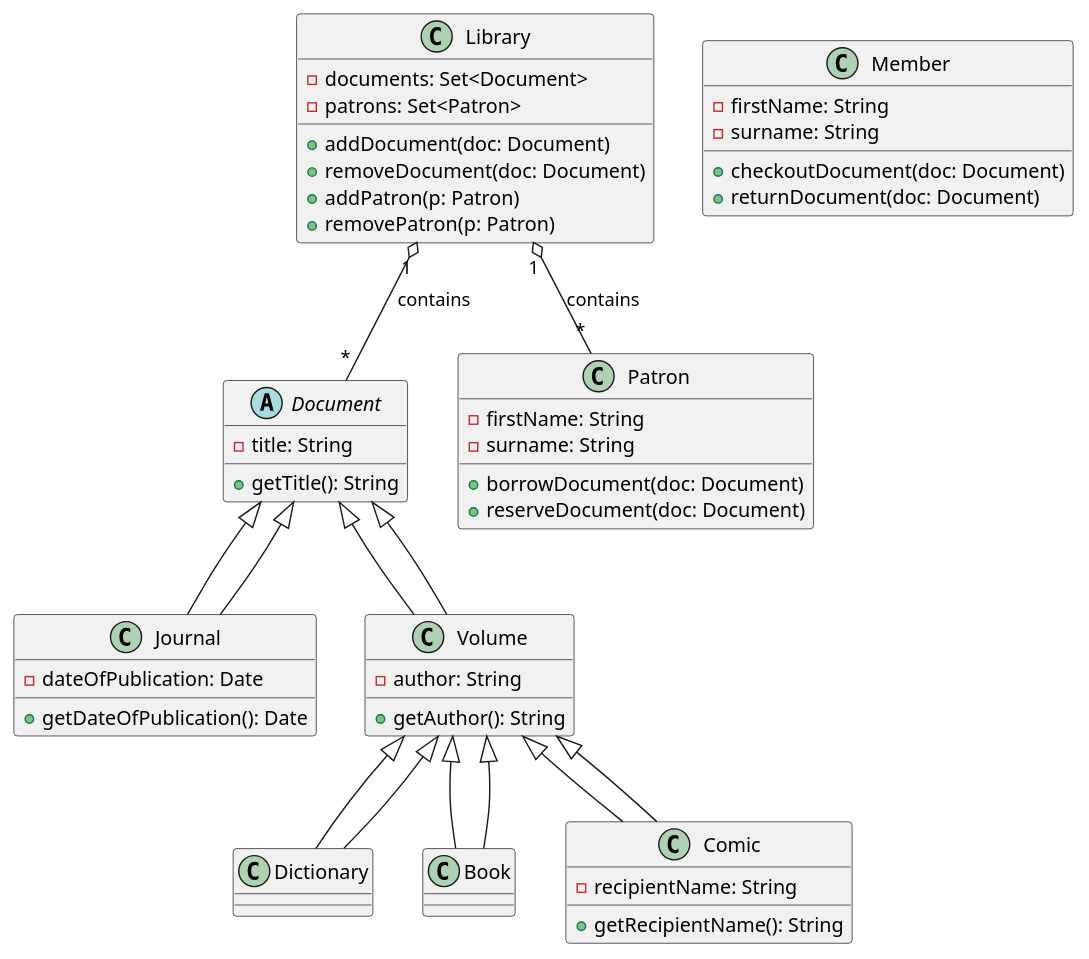
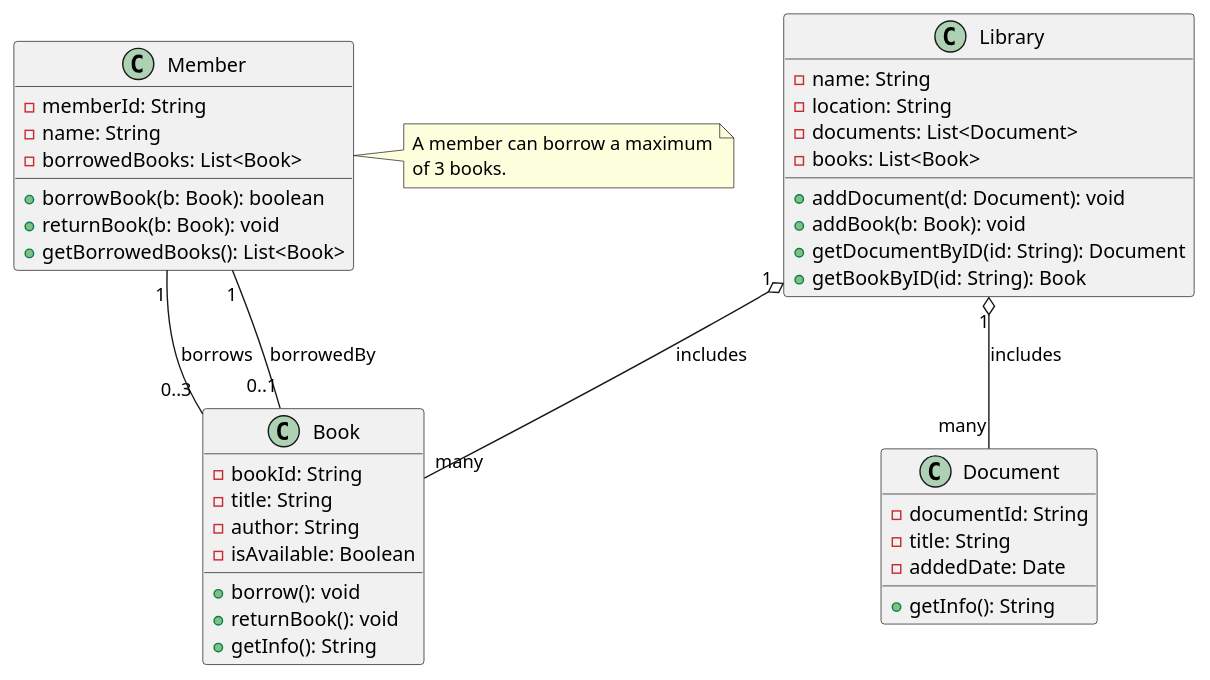
One commit to RayWP/pfsa-id changed the diagram in survey-ud/gen-r-ent-o3-mini/R13_municipal-library_class_diagram.puml. Above: the diagram before and after it, drawn with PlantUML. The commit also changed 40 other files, not shown here.

```diff
--- a/survey-ud/gen-r-ent-o3-mini/R13_municipal-library_class_diagram.puml
+++ b/survey-ud/gen-r-ent-o3-mini/R13_municipal-library_class_diagram.puml
@@ -1,73 +1,56 @@
 @startuml
-' Define Library class with its attributes and methods
+' Define the Library class with its attributes and methods
 class Library {
-  - documents: Set<Document>
-  - patrons: Set<Patron>
-  + addDocument(doc: Document)
-  + removeDocument(doc: Document)
-  + addPatron(p: Patron)
-  + removePatron(p: Patron)
+  - name: String
+  - location: String
+  - documents: List<Document>
+  - books: List<Book>
+  + addDocument(d: Document): void
+  + addBook(b: Book): void
+  + getDocumentByID(id: String): Document
+  + getBookByID(id: String): Book
 }
 
-' Define Document as an abstract class with a title attribute
-abstract class Document {
+' Define the Document class to represent general documents in the library
+class Document {
+  - documentId: String
   - title: String
-  + getTitle(): String
+  - addedDate: Date
+  + getInfo(): String
 }
 
-' Documents can be either Journals or Volumes.
-' Journal with an additional date of publication.
-class Journal extends Document {
-  - dateOfPublication: Date
-  + getDateOfPublication(): Date
+' Define the Book class. It can be considered as a distinct type of document.
+class Book {
+  - bookId: String
+  - title: String
+  - author: String
+  - isAvailable: Boolean
+  + borrow(): void
+  + returnBook(): void
+  + getInfo(): String
 }
 
-' Volume is a kind of Document with an author.
-class Volume extends Document {
-  - author: String
-  + getAuthor(): String
+' Define the Member class. A member can borrow up to 3 books.
+class Member {
+  - memberId: String
+  - name: String
+  - borrowedBooks: List<Book>
+  + borrowBook(b: Book): boolean
+  + returnBook(b: Book): void
+  + getBorrowedBooks(): List<Book>
 }
 
-' Volumes can be specialized as Dictionary, Book or Comic.
-class Dictionary extends Volume
-class Book extends Volume
+' Relationships:
 
-' Comics (Bds) have an extra attribute for recipient name.
-class Comic extends Volume {
-  - recipientName: String
-  + getRecipientName(): String
-}
+' Library aggregates many Documents and Books
+Library "1" o-- "many" Document : includes
+Library "1" o-- "many" Book : includes
 
-' Define Member with first name and surname plus some methods.
-class Member {
-  - firstName: String
-  - surname: String
-  + checkoutDocument(doc: Document)
-  + returnDocument(doc: Document)
-}
+' A Member borrows Books. 
+' The association indicates that a member can borrow 0..3 books.
+Member "1" -- "0..3" Book : borrows
+Book "0..1" -- "1" Member : borrowedBy
 
-' Define Patron with first name and surname plus additional methods.
-class Patron {
-  - firstName: String
-  - surname: String
-  + borrowDocument(doc: Document)
-  + reserveDocument(doc: Document)
-}
-
-' Relationships
-' Library aggregates Documents
-Library "1" o-- "*" Document : contains
-
-' Library aggregates Patrons
-Library "1" o-- "*" Patron : contains
-
-' Inheritance for Volume specializations
-Volume <|-- Dictionary
-Volume <|-- Book
-Volume <|-- Comic
-
-' Document specialization inheritance
-Document <|-- Journal
-Document <|-- Volume
-
+' Note the constraint on the borrowing process
+note right of Member : A member can borrow a maximum\nof 3 books.
 @enduml
```
